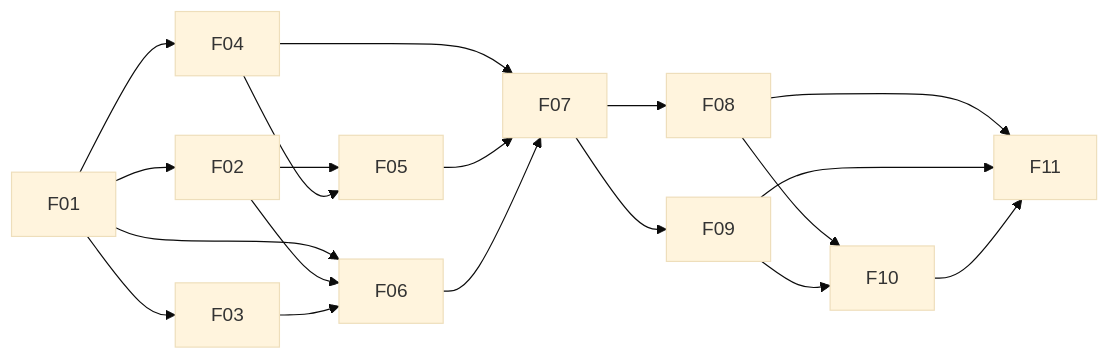
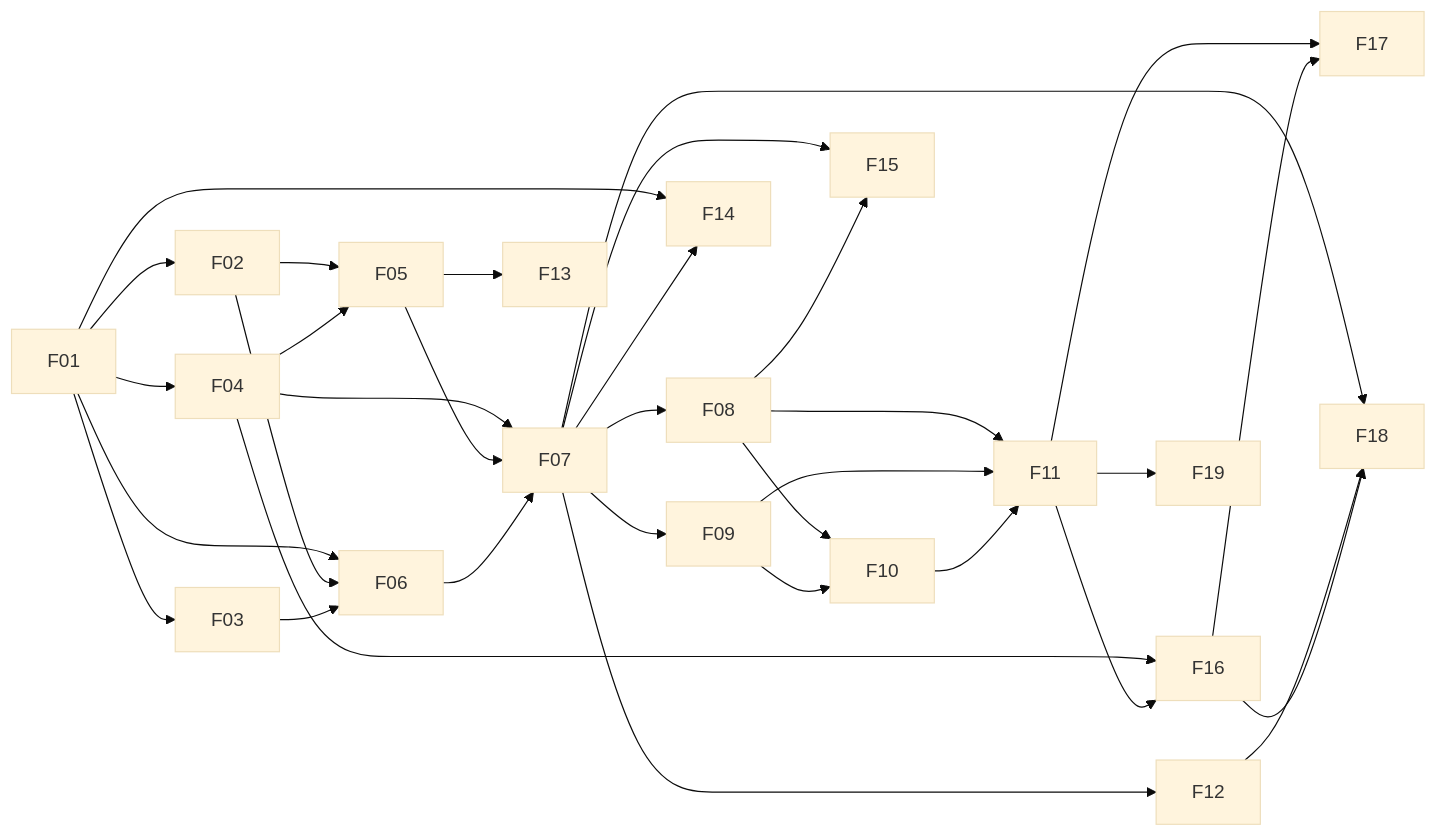
One commit to ZJUCao/tstack changed the second of 2 diagrams in docs/troy-mode/requirements.md. Above: the diagram before and after it, drawn with Mermaid (base theme). The commit also changed other lines of this file and 1 other file, not shown here.

````diff
--- a/docs/troy-mode/requirements.md
+++ b/docs/troy-mode/requirements.md
@@ -346,21 +367,35 @@
 ```mermaid
 flowchart LR
   F01 --> F02
   F01 --> F03
   F01 --> F04
   F02 --> F05
   F04 --> F05
   F01 --> F06
   F02 --> F06
   F03 --> F06
   F04 --> F07
   F05 --> F07
   F06 --> F07
   F07 --> F08
   F07 --> F09
   F08 --> F10
   F09 --> F10
   F08 --> F11
   F09 --> F11
   F10 --> F11
+  F07 --> F12
+  F05 --> F13
+  F01 --> F14
+  F07 --> F14
+  F07 --> F15
+  F08 --> F15
+  F04 --> F16
+  F11 --> F16
+  F11 --> F17
+  F16 --> F17
+  F07 --> F18
+  F12 --> F18
+  F16 --> F18
+  F11 --> F19
 ```
````
